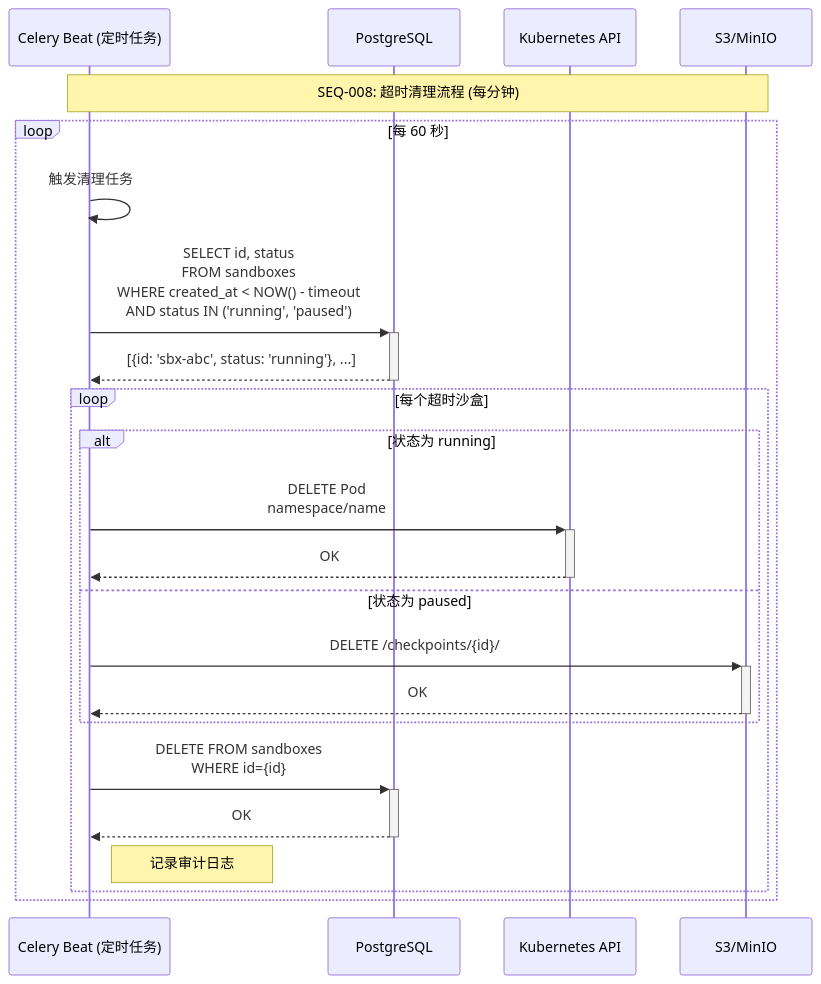
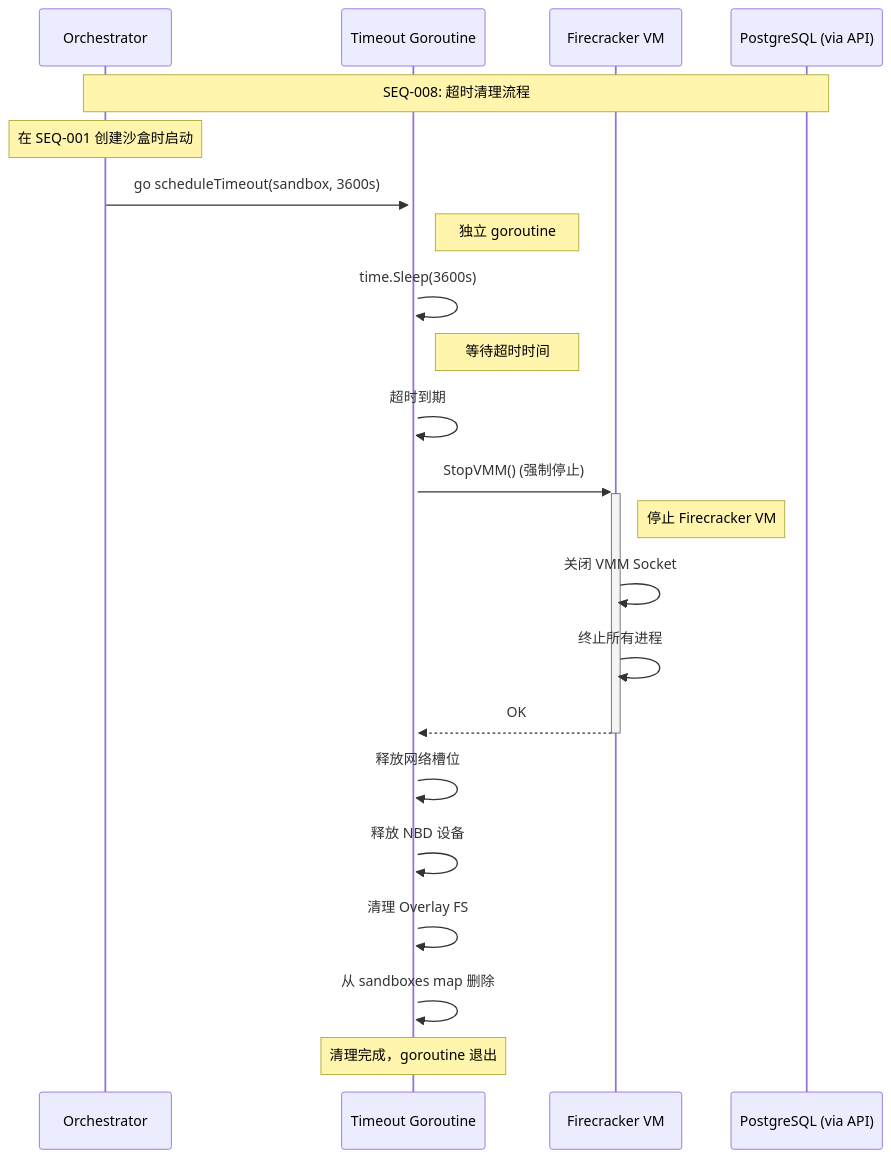
Before and after one commit to jackzhang1314/AdNegator: diagram 12 of 14 in docs/design/L3.1-sequence-diagram-design.md, drawn with Mermaid. The commit also changed other lines of this file, not shown here.

First line of the commit message:
docs(L3.1): MAJOR REWRITE - migrate to E2B Go architecture

````diff
--- a/docs/design/L3.1-sequence-diagram-design.md
+++ b/docs/design/L3.1-sequence-diagram-design.md
@@ -829,31 +1168,34 @@
 ```mermaid
 sequenceDiagram
-    participant Cron as Celery Beat (定时任务)
-    participant DB as PostgreSQL
-    participant K8s as Kubernetes API
-    participant S3 as S3/MinIO
+    participant Orch as Orchestrator
+    participant Timer as Timeout Goroutine
+    participant FC as Firecracker VM
+    participant DB as PostgreSQL (via API)
 
-    Note over Cron,S3: SEQ-008: 超时清理流程 (每分钟)
+    Note over Orch,DB: SEQ-008: 超时清理流程
 
-    loop 每 60 秒
-        Cron->>Cron: 触发清理任务
+    Note over Orch: 在 SEQ-001 创建沙盒时启动
 
-        Cron->>+DB: SELECT id, status<br/>FROM sandboxes<br/>WHERE created_at < NOW() - timeout<br/>AND status IN ('running', 'paused')
-        DB-->>-Cron: [{id: 'sbx-abc', status: 'running'}, ...]
+    Orch->>+Timer: go scheduleTimeout(sandbox, 3600s)
+    Note right of Timer: 独立 goroutine
 
-        loop 每个超时沙盒
-            alt 状态为 running
-                Cron->>+K8s: DELETE Pod<br/>namespace/name
-                K8s-->>-Cron: OK
-            else 状态为 paused
-                Cron->>+S3: DELETE /checkpoints/{id}/
-                S3-->>-Cron: OK
-            end
+    Timer->>Timer: time.Sleep(3600s)
+    Note right of Timer: 等待超时时间
 
-            Cron->>+DB: DELETE FROM sandboxes<br/>WHERE id={id}
-            DB-->>-Cron: OK
+    Timer->>Timer: 超时到期
 
-            Note right of Cron: 记录审计日志
-        end
-    end
+    Timer->>+FC: StopVMM() (强制停止)
+    Note right of FC: 停止 Firecracker VM
+
+    FC->>FC: 关闭 VMM Socket
+    FC->>FC: 终止所有进程
+    FC-->>-Timer: OK
+
+    Timer->>Timer: 释放网络槽位
+    Timer->>Timer: 释放 NBD 设备
+    Timer->>Timer: 清理 Overlay FS
+
+    Timer->>Timer: 从 sandboxes map 删除
+
+    Note over Timer: 清理完成，goroutine 退出
 ```
````
